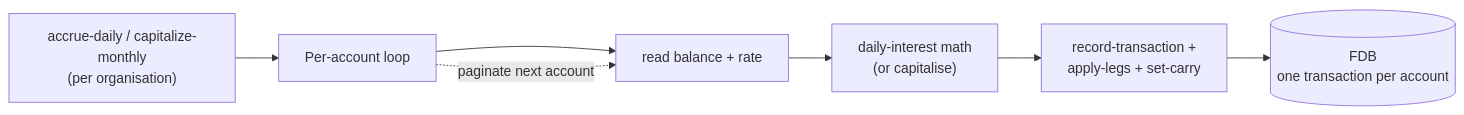
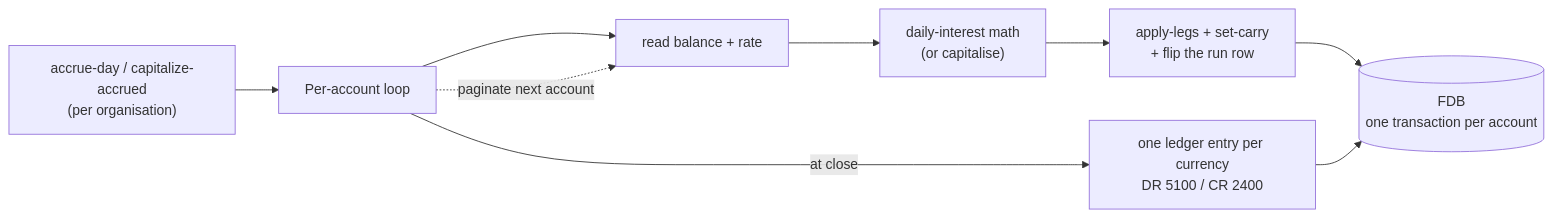
The first of 2 diagrams in docs/tdd/interest.md (kjothen/queenswood), drawn with Mermaid before and after one commit. The commit also changed other lines of this file and 12 other files, not shown here.

````diff
--- a/docs/tdd/interest.md
+++ b/docs/tdd/interest.md
@@ -81,16 +81,19 @@
 ```mermaid
 graph LR
-    CMD["accrue-daily / capitalize-monthly<br/>(per organisation)"]
+    CMD["accrue-day / capitalize-accrued<br/>(per organisation)"]
     PROC[Per-account loop]
     READ["read balance + rate"]
     CALC["daily-interest math<br/>(or capitalise)"]
-    POST["record-transaction +<br/>apply-legs + set-carry"]
+    POST["apply-legs + set-carry<br/>+ flip the run row"]
     FDB[("FDB<br/>one transaction per account")]
+    ENTRY["one ledger entry per currency<br/>DR 5100 / CR 2400"]
 
     CMD --> PROC
     PROC --> READ
     READ --> CALC
     CALC --> POST
     POST --> FDB
     PROC -.->|"paginate next account"| READ
+    PROC -->|"at close"| ENTRY
+    ENTRY --> FDB
 ```
````
